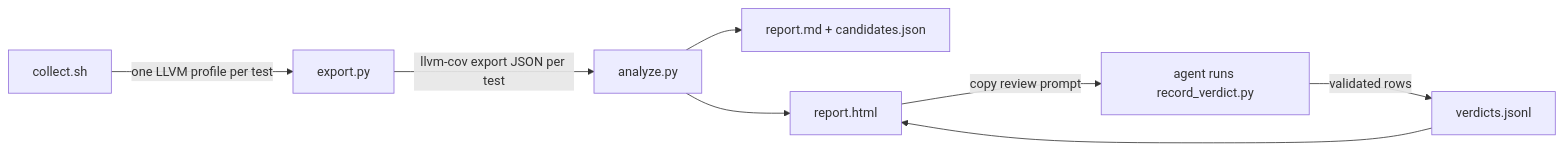
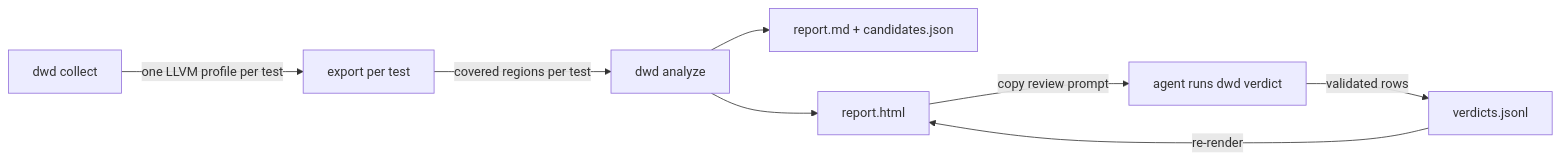
One commit to roberts-pumpurs/dead-weight-tests changed the diagram in README.md. Above: the diagram before and after it, drawn with Mermaid. The commit also changed other lines of this file and 54 other files, not shown here.

````diff
--- a/README.md
+++ b/README.md
@@ -22,10 +28,10 @@
 ```mermaid
 flowchart LR
-  A[collect.sh] -->|one LLVM profile per test| B[export.py]
-  B -->|llvm-cov export JSON per test| C[analyze.py]
+  A[dwd collect] -->|one LLVM profile per test| B[export per test]
+  B -->|covered regions per test| C[dwd analyze]
   C --> D[report.md + candidates.json]
   C --> E[report.html]
-  E -->|copy review prompt| F[agent runs record_verdict.py]
+  E -->|copy review prompt| F[agent runs dwd verdict]
   F -->|validated rows| G[verdicts.jsonl]
-  G --> E
+  G -->|re-render| E
 ```
````
